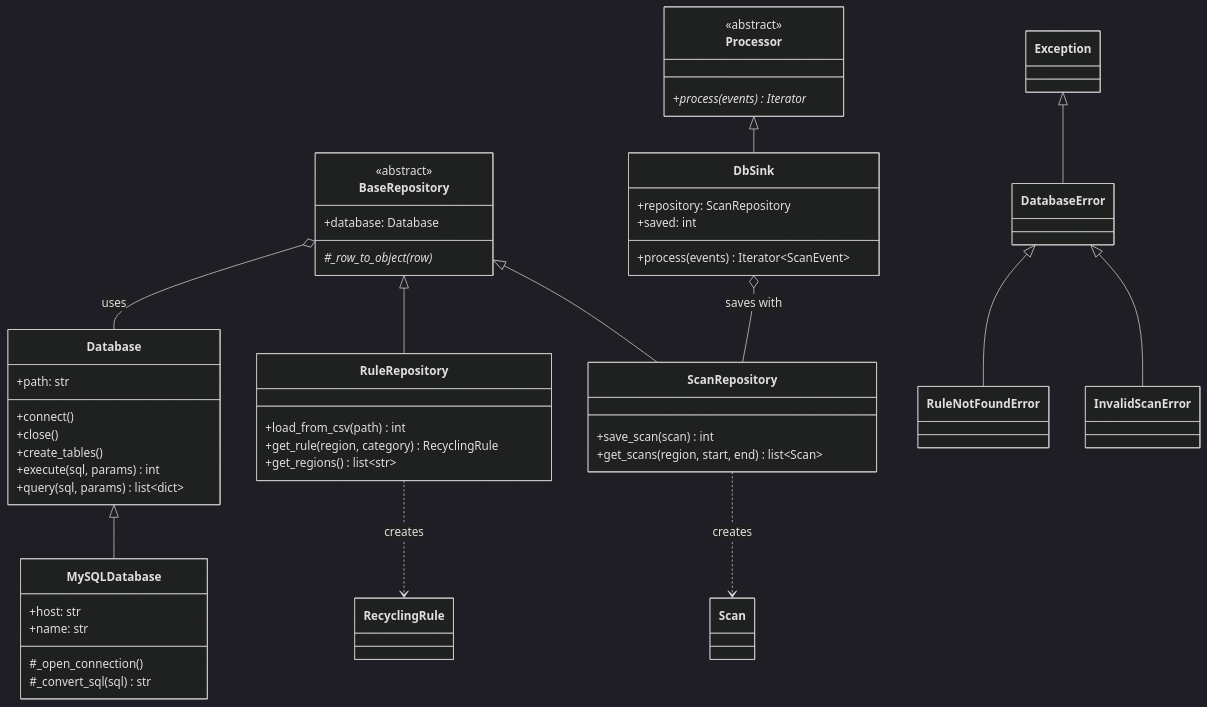
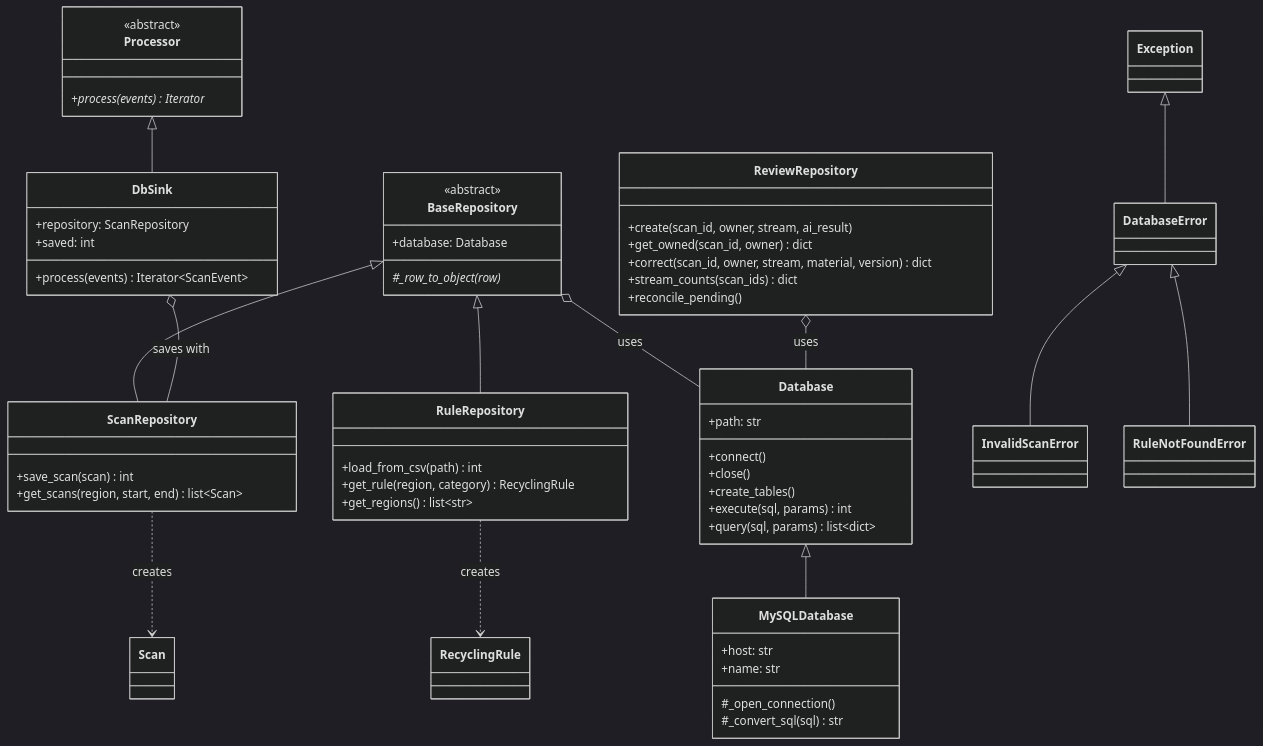
One commit to Timmyy3000/waste-sorting-assistant changed the seventh of 11 diagrams in README.md. Above: the diagram before and after it, drawn with Mermaid (dark theme). The commit also changed other lines of this file and 13 other files, not shown here.

````diff
--- a/README.md
+++ b/README.md
@@ -222,57 +388,65 @@
 ```mermaid
 classDiagram
     direction TB
     class Scan
     class RecyclingRule
     class Database {
         +path: str
         +connect()
         +close()
         +create_tables()
         +execute(sql, params) int
         +query(sql, params) list~dict~
     }
     class MySQLDatabase {
         +host: str
         +name: str
         #_open_connection()
         #_convert_sql(sql) str
     }
     class BaseRepository {
         <<abstract>>
         +database: Database
         #_row_to_object(row)*
     }
     class ScanRepository {
         +save_scan(scan) int
         +get_scans(region, start, end) list~Scan~
     }
     class RuleRepository {
         +load_from_csv(path) int
         +get_rule(region, category) RecyclingRule
         +get_regions() list~str~
     }
+    class ReviewRepository {
+        +create(scan_id, owner, stream, ai_result)
+        +get_owned(scan_id, owner) dict
+        +correct(scan_id, owner, stream, material, version) dict
+        +stream_counts(scan_ids) dict
+        +reconcile_pending()
+    }
     class Processor {
         <<abstract>>
         +process(events)* Iterator
     }
     class DbSink {
         +repository: ScanRepository
         +saved: int
         +process(events) Iterator~ScanEvent~
     }
     class DatabaseError
     class InvalidScanError
     class RuleNotFoundError
     Database <|-- MySQLDatabase
     BaseRepository <|-- ScanRepository
     BaseRepository <|-- RuleRepository
     Processor <|-- DbSink
     Exception <|-- DatabaseError
     DatabaseError <|-- InvalidScanError
     DatabaseError <|-- RuleNotFoundError
     BaseRepository o-- Database : uses
+    ReviewRepository o-- Database : uses
     DbSink o-- ScanRepository : saves with
     ScanRepository ..> Scan : creates
     RuleRepository ..> RecyclingRule : creates
 ```
````
